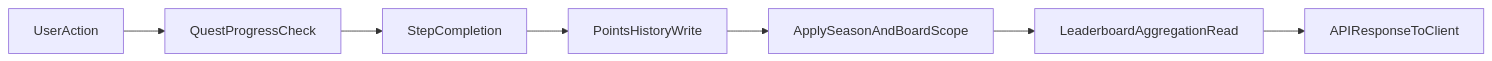
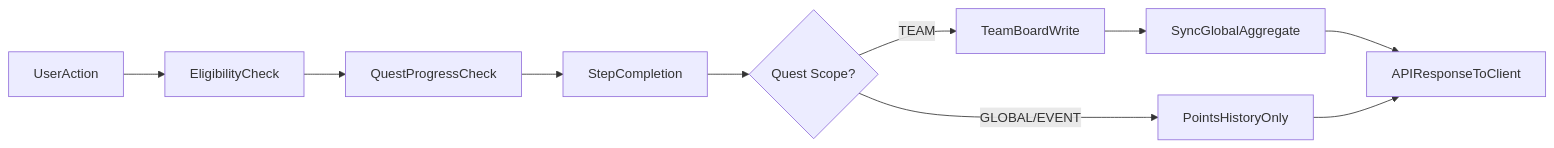
Before and after one commit to D-Sports-Ecosystem/docs: the diagram in repositories/d-sports-api/gamification/architecture-overview.mdx, drawn with Mermaid. The commit also changed other lines of this file and 5 other files, not shown here.

Commit message:
docs: add team-scoped quest architecture and pass-gated eligibility

````diff
--- a/repositories/d-sports-api/gamification/architecture-overview.mdx
+++ b/repositories/d-sports-api/gamification/architecture-overview.mdx
@@ -29,9 +31,12 @@
 ```mermaid
 flowchart LR
-  userAction[UserAction] --> progressCheck[QuestProgressCheck]
+  userAction[UserAction] --> eligibilityCheck[EligibilityCheck]
+  eligibilityCheck --> progressCheck[QuestProgressCheck]
   progressCheck --> stepCompletion[StepCompletion]
-  stepCompletion --> pointsWrite[PointsHistoryWrite]
-  pointsWrite --> scopedFields[ApplySeasonAndBoardScope]
-  scopedFields --> leaderboardRead[LeaderboardAggregationRead]
-  leaderboardRead --> apiResponse[APIResponseToClient]
+  stepCompletion --> scopedWrite{Quest Scope?}
+  scopedWrite -->|TEAM| teamBoard[TeamBoardWrite]
+  teamBoard --> globalSync[SyncGlobalAggregate]
+  scopedWrite -->|GLOBAL/EVENT| historyOnly[PointsHistoryOnly]
+  globalSync --> apiResponse[APIResponseToClient]
+  historyOnly --> apiResponse
 ```
````
